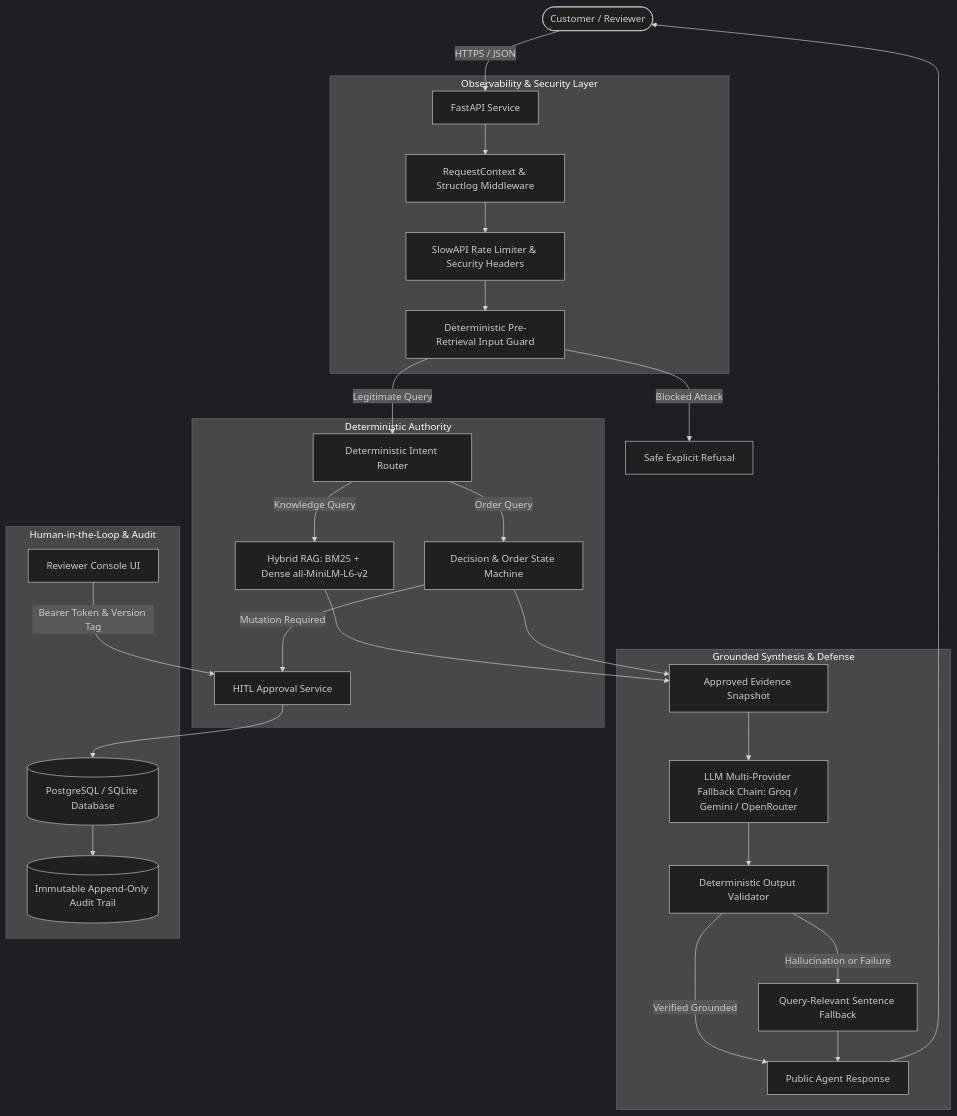
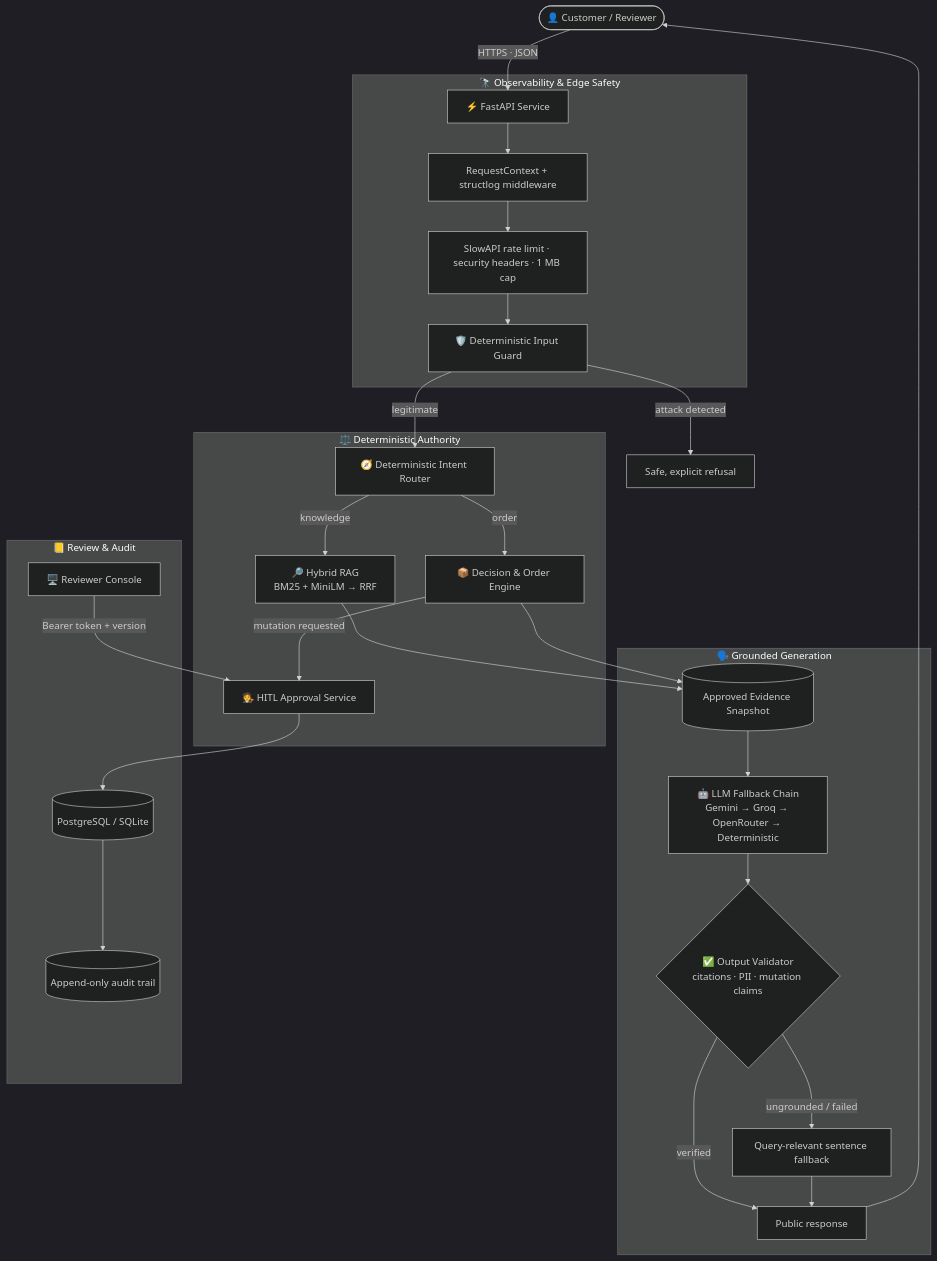
Before and after one commit to djcode0718/cometchat-ai-agent-intern-test: the first of 2 diagrams in README.md, drawn with Mermaid (dark theme). The commit also changed other lines of this file and 35 other files, not shown here.

Commit message:
feat(hardening): reconcile evaluation numbers, add multi-tier fallback chain, guard tests, and updated README

````diff
--- a/README.md
+++ b/README.md
@@ -15,38 +68,38 @@
 ```mermaid
 flowchart TD
-    User([Customer / Reviewer]) -->|HTTPS / JSON| API[FastAPI Service]
-    
-    subgraph Observability_and_Safety [Observability & Security Layer]
-        API --> MW[RequestContext & Structlog Middleware]
-        MW --> RL[SlowAPI Rate Limiter & Security Headers]
-        RL --> Guard[Deterministic Pre-Retrieval Input Guard]
+    User([👤 Customer / Reviewer]) -->|HTTPS · JSON| API[⚡ FastAPI Service]
+
+    subgraph OBS["🔭 Observability & Edge Safety"]
+        API --> MW[RequestContext + structlog middleware]
+        MW --> RL[SlowAPI rate limit · security headers · 1 MB cap]
+        RL --> Guard[🛡️ Deterministic Input Guard]
     end
 
-    Guard -->|Blocked Attack| Refusal[Safe Explicit Refusal]
-    Guard -->|Legitimate Query| Router[Deterministic Intent Router]
+    Guard -->|attack detected| Refusal[Safe, explicit refusal]
+    Guard -->|legitimate| Router[🧭 Deterministic Intent Router]
 
-    subgraph Deterministic_Core [Deterministic Authority]
-        Router -->|Knowledge Query| HybridRetriever[Hybrid RAG: BM25 + Dense all-MiniLM-L6-v2]
-        Router -->|Order Query| OrderEngine[Decision & Order State Machine]
-        OrderEngine -->|Mutation Required| HITLService[HITL Approval Service]
+    subgraph CORE["⚖️ Deterministic Authority"]
+        Router -->|knowledge| Hybrid["🔎 Hybrid RAG<br/>BM25 + MiniLM → RRF"]
+        Router -->|order| Orders[📦 Decision & Order Engine]
+        Orders -->|mutation requested| HITL[🧑‍⚖️ HITL Approval Service]
     end
 
-    HybridRetriever --> Evidence[Approved Evidence Snapshot]
-    OrderEngine --> Evidence
+    Hybrid --> Evidence[(Approved Evidence Snapshot)]
+    Orders --> Evidence
 
-    subgraph Generation_and_Validation [Grounded Synthesis & Defense]
-        Evidence --> LLM[LLM Multi-Provider Fallback Chain: Groq / Gemini / OpenRouter]
-        LLM --> Validator[Deterministic Output Validator]
-        Validator -->|Hallucination or Failure| Fallback[Query-Relevant Sentence Fallback]
-        Validator -->|Verified Grounded| Response[Public Agent Response]
+    subgraph GEN["🗣️ Grounded Generation"]
+        Evidence --> LLM["🤖 LLM Fallback Chain<br/>Gemini → Groq → OpenRouter → Deterministic"]
+        LLM --> Validator{✅ Output Validator<br/>citations · PII · mutation claims}
+        Validator -->|ungrounded / failed| Fallback[Query-relevant sentence fallback]
+        Validator -->|verified| Response[Public response]
         Fallback --> Response
     end
 
-    subgraph Storage_and_Review [Human-in-the-Loop & Audit]
-        HITLService --> SQL[(PostgreSQL / SQLite Database)]
-        SQL --> AuditTrail[(Immutable Append-Only Audit Trail)]
-        Console[Reviewer Console UI] -->|Bearer Token & Version Tag| HITLService
+    subgraph AUDIT["📒 Review & Audit"]
+        HITL --> DB[(PostgreSQL / SQLite)]
+        DB --> Trail[(Append-only audit trail)]
+        Console[🖥️ Reviewer Console] -->|Bearer token + version| HITL
     end
 
     Response --> User
 ```
````
